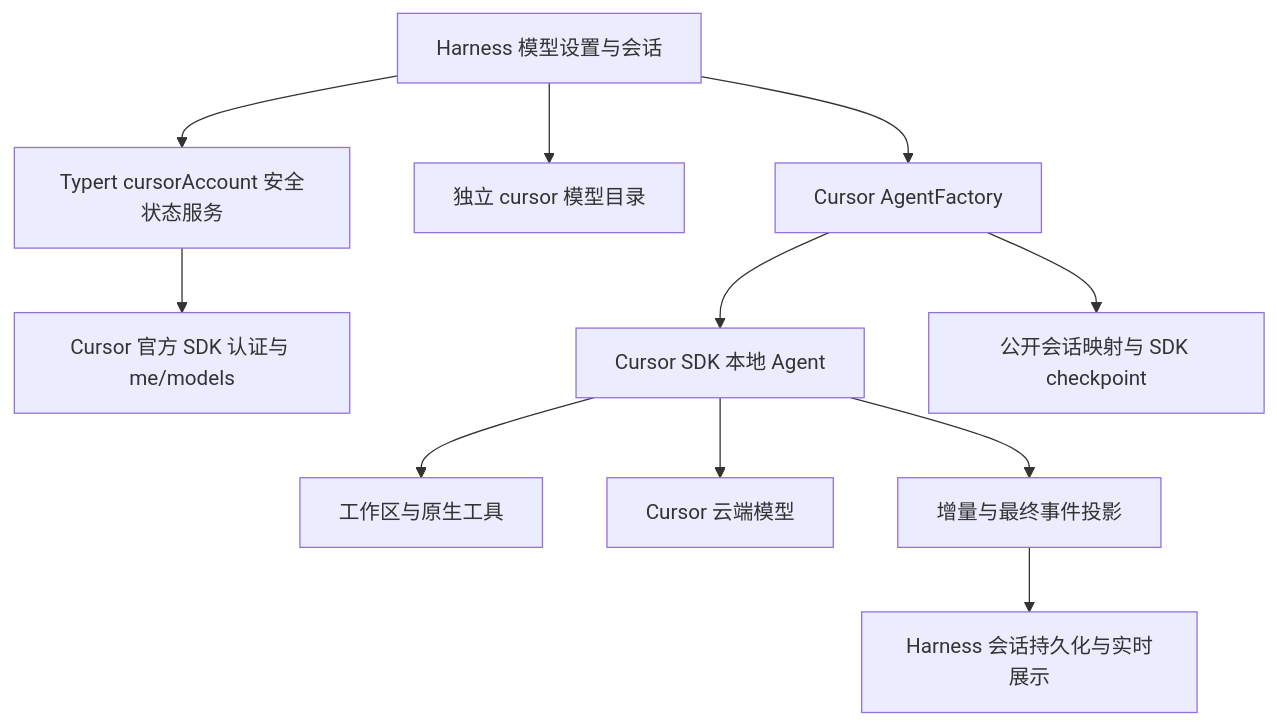
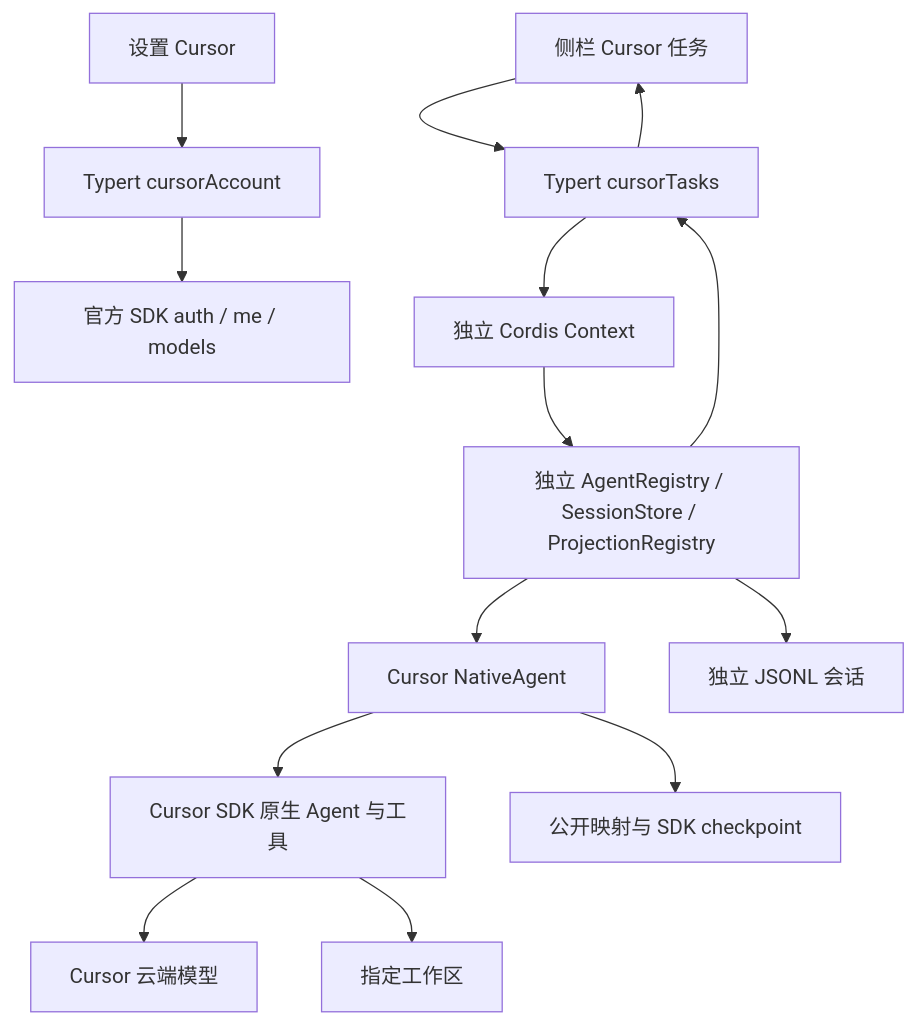
The diagram in docs/architecture.md (wuyouchao/dsh-cursor-agent), drawn with Mermaid before and after one commit. The commit also changed other lines of this file and 71 other files, not shown here.

````diff
--- a/docs/architecture.md
+++ b/docs/architecture.md
@@ -7,13 +7,16 @@
 ```mermaid
 flowchart TD
-  UI[Harness 模型设置与会话] --> Account[Typert cursorAccount 安全状态服务]
-  Account --> Auth[Cursor 官方 SDK 认证与 me/models]
-  UI --> Catalog[独立 cursor 模型目录]
-  UI --> Factory[Cursor AgentFactory]
-  Factory --> Agent[Cursor SDK 本地 Agent]
-  Agent --> Workspace[工作区与原生工具]
-  Agent --> Model[Cursor 云端模型]
-  Agent --> Events[增量与最终事件投影]
-  Events --> Session[Harness 会话持久化与实时展示]
-  Factory --> Store[公开会话映射与 SDK checkpoint]
+  Settings[设置 Cursor] --> Account[Typert cursorAccount]
+  Account --> Auth[官方 SDK auth / me / models]
+  Sidebar[侧栏 Cursor 任务] --> Tasks[Typert cursorTasks]
+  Tasks --> Domain[独立 Cordis Context]
+  Domain --> Registries[独立 AgentRegistry / SessionStore / ProjectionRegistry]
+  Registries --> Native[Cursor NativeAgent]
+  Native --> SDK[Cursor SDK 原生 Agent 与工具]
+  SDK --> Model[Cursor 云端模型]
+  SDK --> Workspace[指定工作区]
+  Registries --> JSONL[独立 JSONL 会话]
+  Native --> Mapping[公开映射与 SDK checkpoint]
+  Registries --> Tasks
+  Tasks --> Sidebar
 ```
````
